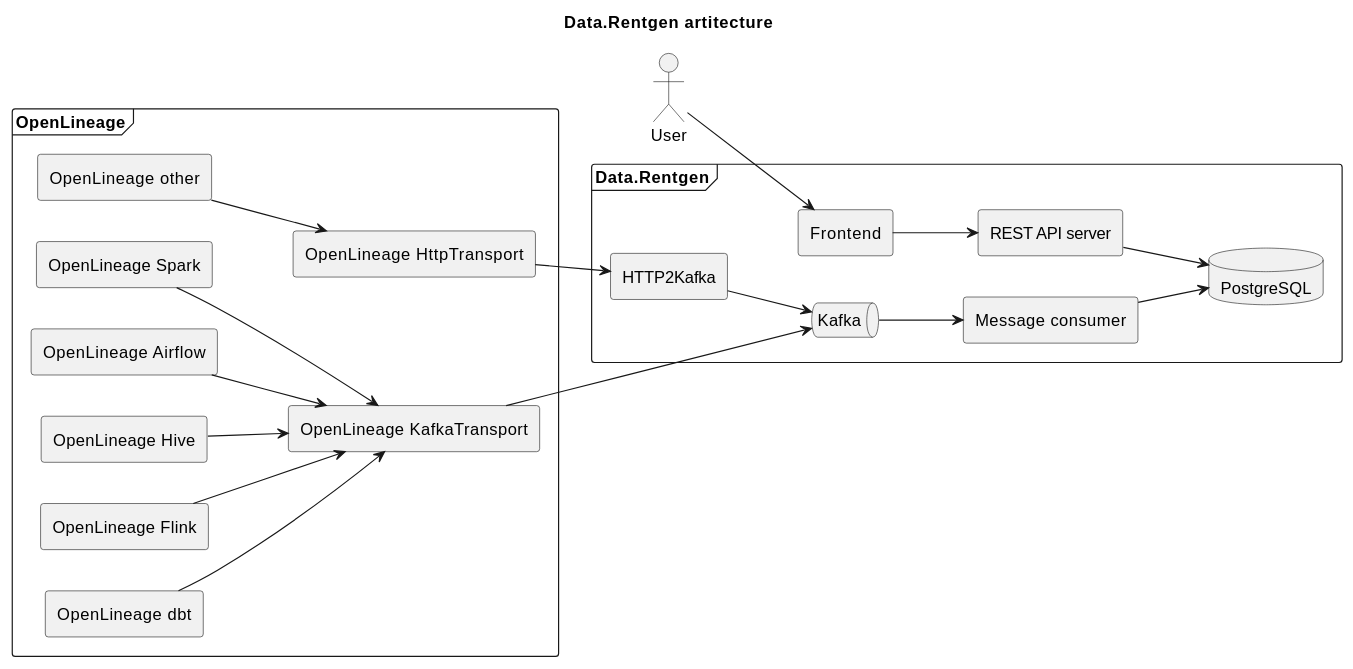
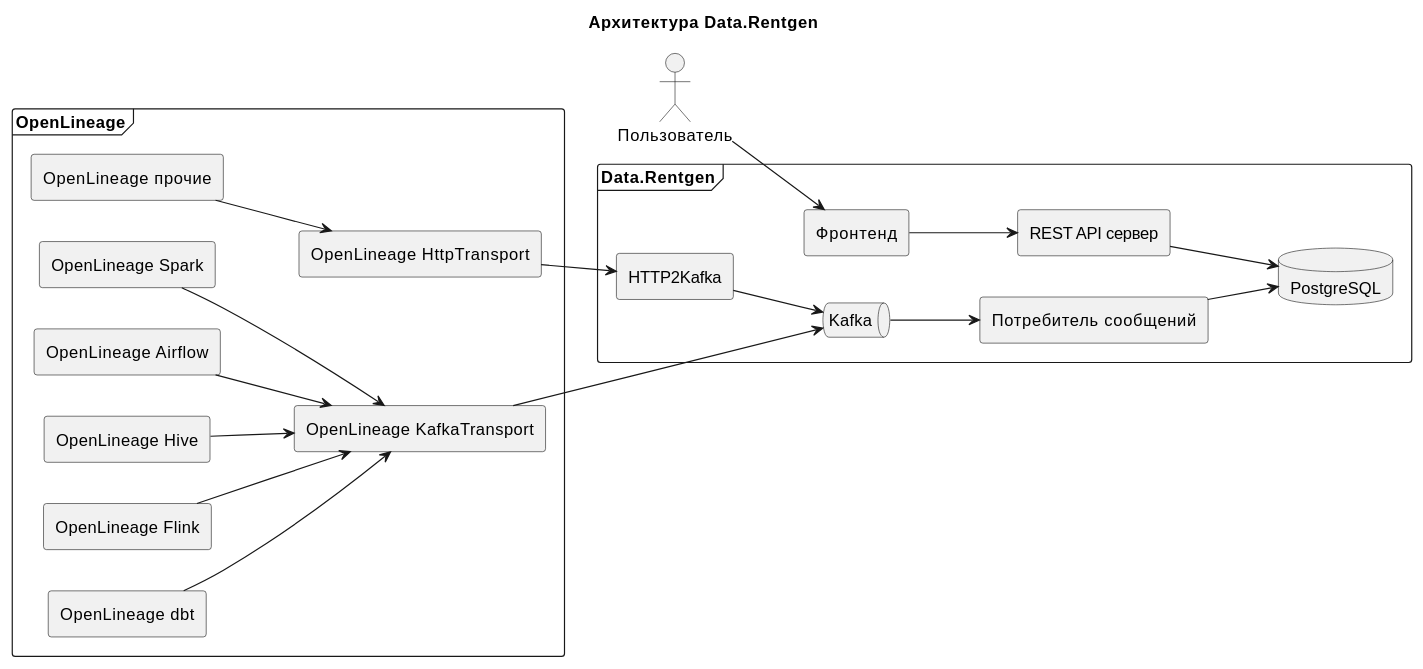
Before and after one commit to MobileTeleSystems/data-rentgen: the diagram in mddocs/docs/ru/reference/architecture.md, drawn with PlantUML. The commit also changed other lines of this file and 18 other files, not shown here.

````diff
--- a/mddocs/docs/ru/reference/architecture.md
+++ b/mddocs/docs/ru/reference/architecture.md
@@ -17,49 +17,49 @@
 ```plantuml
 
     @startuml
-        title Data.Rentgen artitecture
+        title Архитектура Data.Rentgen
         skinparam componentStyle rectangle
         left to right direction
 
         frame "Data.Rentgen" {
             queue "Kafka" as KAFKA
-            component "Message consumer" as CONSUMER
+            component "Потребитель сообщений" as CONSUMER
             database "PostgreSQL" as DB
-            component "REST API server" as API
-            component "Frontend" as FRONTEND
+            component "REST API сервер" as API
+            component "Фронтенд" as FRONTEND
             component "HTTP2Kafka" as HTTP2KAFKA
         }
 
         frame "OpenLineage" {
             agent "OpenLineage Spark" as SPARK
             agent "OpenLineage Airflow" as AIRFLOW
             agent "OpenLineage Hive" as HIVE
             agent "OpenLineage Flink" as FLINK
             agent "OpenLineage dbt" as DBT
-            agent "OpenLineage other" as OTHER
+            agent "OpenLineage прочие" as OTHER
             agent "OpenLineage KafkaTransport" as KAFKA_TRANSPORT
             agent "OpenLineage HttpTransport" as HTTP_TRANSPORT
         }
 
-        actor "User" as USER
+        actor "Пользователь" as USER
 
         [SPARK] --> [KAFKA_TRANSPORT]
         [AIRFLOW] --> [KAFKA_TRANSPORT]
         [HIVE] --> [KAFKA_TRANSPORT]
         [FLINK] --> [KAFKA_TRANSPORT]
         [DBT] --> [KAFKA_TRANSPORT]
         [KAFKA_TRANSPORT] --> [KAFKA]
 
         [OTHER] --> [HTTP_TRANSPORT]
         [HTTP_TRANSPORT] --> [HTTP2KAFKA]
         [HTTP2KAFKA] --> [KAFKA]
 
         [KAFKA] --> [CONSUMER]
         [CONSUMER] --> [DB]
 
         [API] --> [DB]
         [FRONTEND] --> [API]
         [USER] --> [FRONTEND]
 
     @enduml
 ```
````
